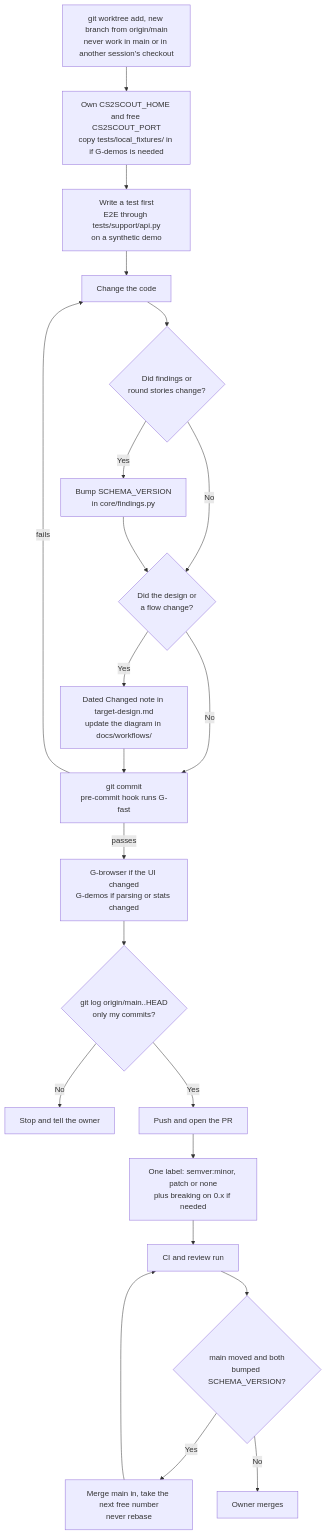
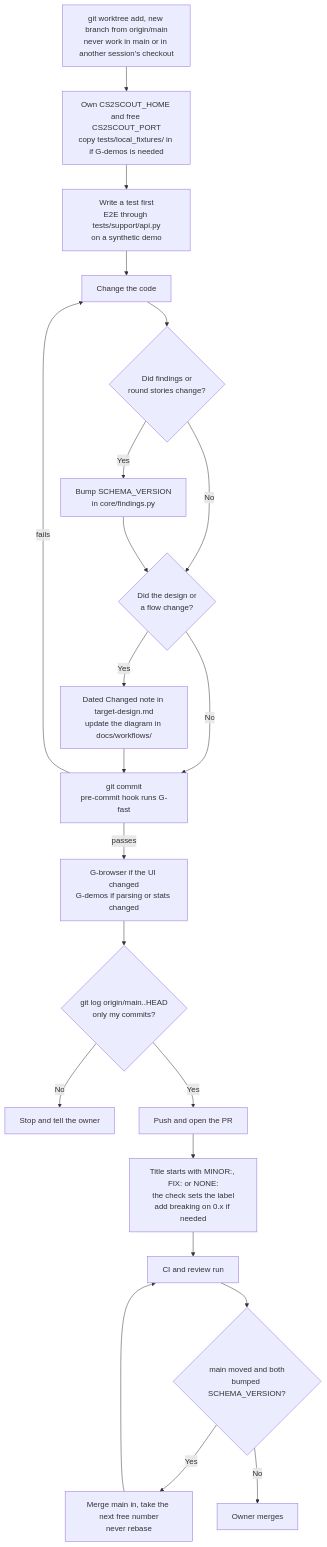
One commit to GeorgeMac06/CS2-demo-analyser changed the second of 3 diagrams in docs/workflows/dev-workflow.md. Above: the diagram before and after it, drawn with Mermaid. The commit also changed other lines of this file and 6 other files, not shown here.

First line of the commit message:
PR titles start with MINOR:, FIX:, NONE: or MAJOR:

````diff
--- a/docs/workflows/dev-workflow.md
+++ b/docs/workflows/dev-workflow.md
@@ -47,24 +47,24 @@
 ```mermaid
 flowchart TD
   A["git worktree add, new branch from origin/main<br/>never work in main or in another session's checkout"] --> B["Own CS2SCOUT_HOME and free CS2SCOUT_PORT<br/>copy tests/local_fixtures/ in if G-demos is needed"]
   B --> C["Write a test first<br/>E2E through tests/support/api.py<br/>on a synthetic demo"]
   C --> D["Change the code"]
   D --> E{"Did findings or<br/>round stories change?"}
   E -->|Yes| F["Bump SCHEMA_VERSION<br/>in core/findings.py"]
   E -->|No| G
   F --> G{"Did the design or<br/>a flow change?"}
   G -->|Yes| H["Dated Changed note in target-design.md<br/>update the diagram in docs/workflows/"]
   G -->|No| K
   H --> K["git commit<br/>pre-commit hook runs G-fast"]
   K -->|fails| D
   K -->|passes| L["G-browser if the UI changed<br/>G-demos if parsing or stats changed"]
   L --> M{"git log origin/main..HEAD<br/>only my commits?"}
   M -->|No| STOP["Stop and tell the owner"]
   M -->|Yes| N["Push and open the PR"]
-  N --> P["One label: semver:minor, patch or none<br/>plus breaking on 0.x if needed"]
+  N --> P["Title starts with MINOR:, FIX: or NONE:<br/>the check sets the label<br/>add breaking on 0.x if needed"]
   P --> Q["CI and review run"]
   Q --> R{"main moved and both<br/>bumped SCHEMA_VERSION?"}
   R -->|Yes| S["Merge main in, take the next free number<br/>never rebase"]
   S --> Q
   R -->|No| T["Owner merges"]
 ```
````
